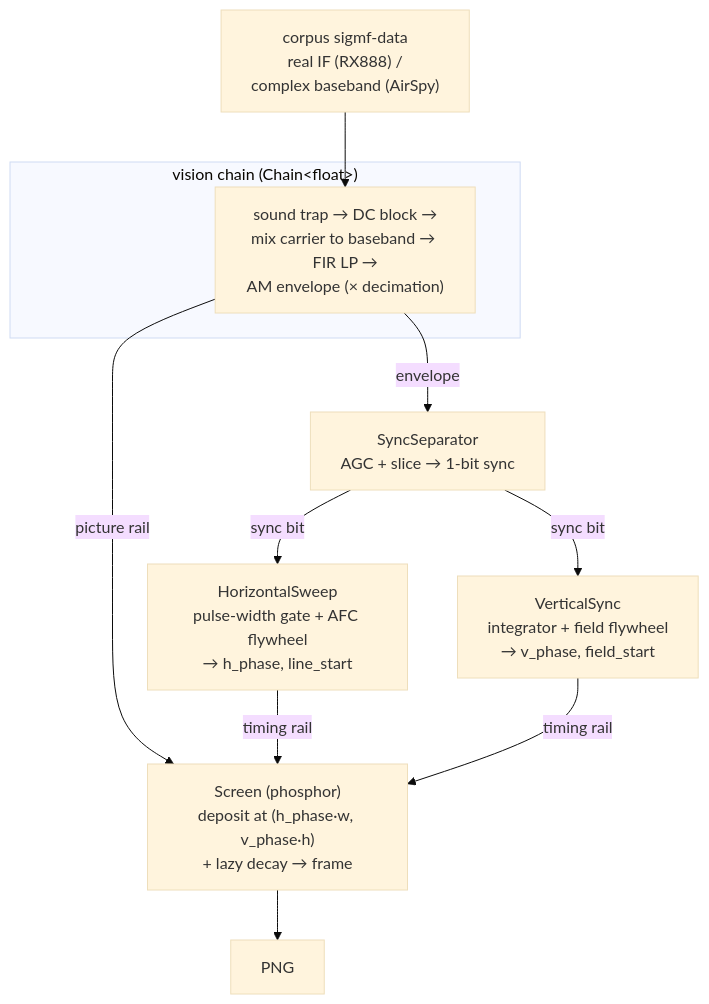
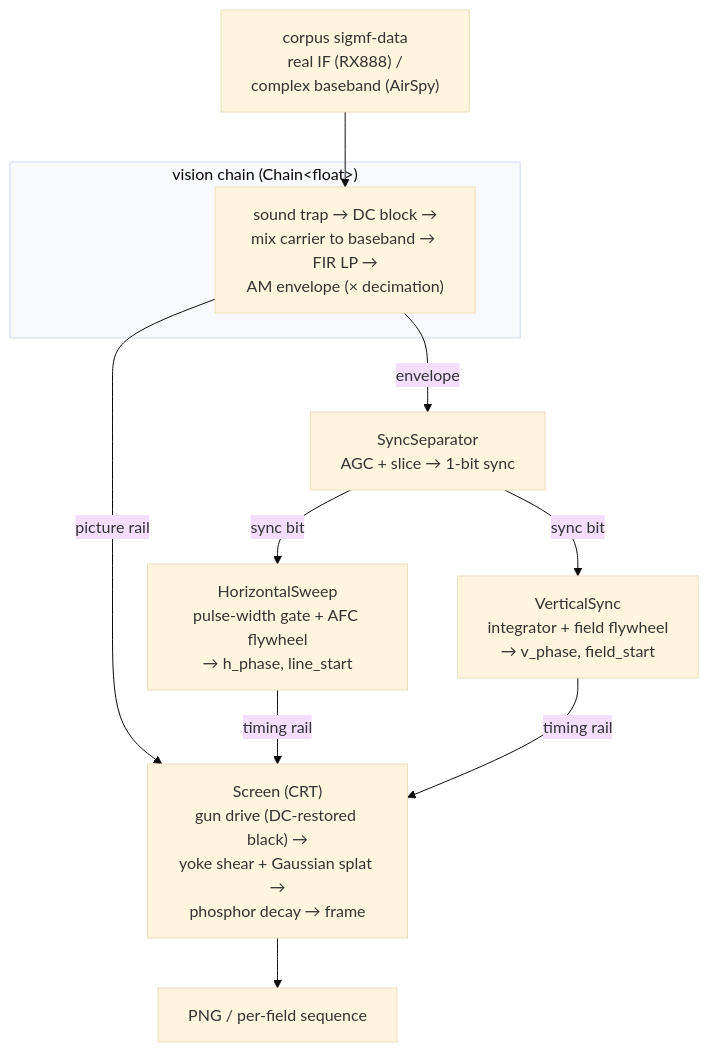
Before and after one commit to mattgodbolt/PALindrome: the diagram in README.md, drawn with Mermaid (base theme). The commit also changed other lines of this file, not shown here.

First line of the commit message:
docs: README — CRT screen model, frame sequence, refreshed roadmap

````diff
--- a/README.md
+++ b/README.md
@@ -93,16 +97,16 @@
 ```mermaid
 flowchart TD
     SIGMF["corpus sigmf-data<br/>real IF (RX888) /<br/>complex baseband (AirSpy)"] --> VIS
 
     subgraph vis["vision chain (Chain&lt;float&gt;)"]
       VIS["sound trap → DC block →<br/>mix carrier to baseband → FIR LP →<br/>AM envelope (× decimation)"]
     end
 
     VIS -->|envelope| SEP["SyncSeparator<br/>AGC + slice → 1-bit sync"]
     VIS -->|picture rail| SCR
     SEP -->|sync bit| HS["HorizontalSweep<br/>pulse-width gate + AFC flywheel<br/>→ h_phase, line_start"]
     SEP -->|sync bit| VS["VerticalSync<br/>integrator + field flywheel<br/>→ v_phase, field_start"]
-    HS -->|timing rail| SCR["Screen (phosphor)<br/>deposit at (h_phase·w, v_phase·h)<br/>+ lazy decay → frame"]
+    HS -->|timing rail| SCR["Screen (CRT)<br/>gun drive (DC-restored black) →<br/>yoke shear + Gaussian splat →<br/>phosphor decay → frame"]
     VS -->|timing rail| SCR
-    SCR --> PNG["PNG"]
+    SCR --> PNG["PNG / per-field sequence"]
 ```
````
